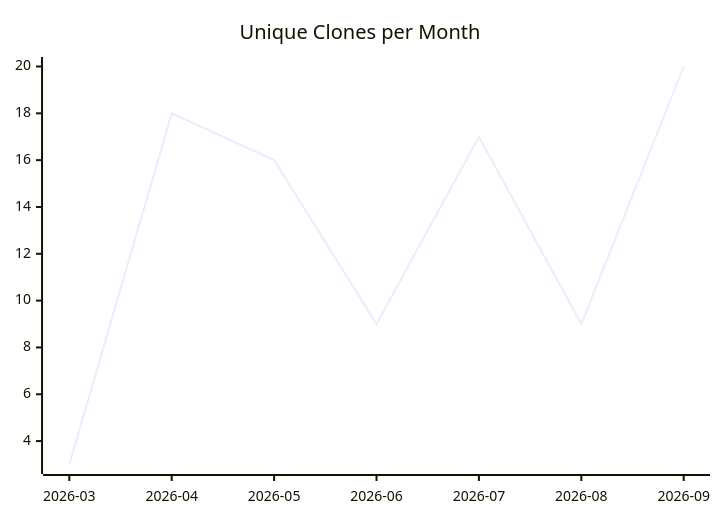
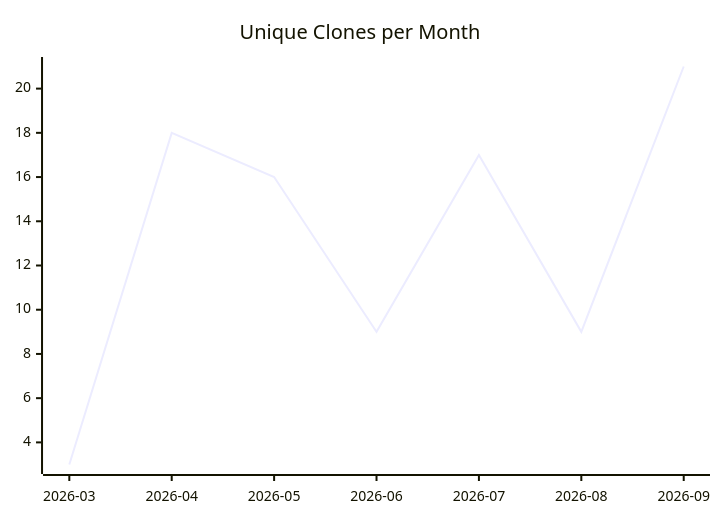
The third of 3 diagrams in karlmdavis/jessentials/README.md (justdavis-family/github-analytics-data), drawn with Mermaid before and after one commit. The commit also changed other lines of this file and 202 other files, not shown here.

````diff
--- a/karlmdavis/jessentials/README.md
+++ b/karlmdavis/jessentials/README.md
@@ -19,6 +19,6 @@
 ```mermaid
 xychart-beta
   title "Unique Clones per Month"
   x-axis ["2026-03", "2026-04", "2026-05", "2026-06", "2026-07", "2026-08", "2026-09"]
-  line [3, 18, 16, 9, 17, 9, 20]
+  line [3, 18, 16, 9, 17, 9, 21]
 ```
````
